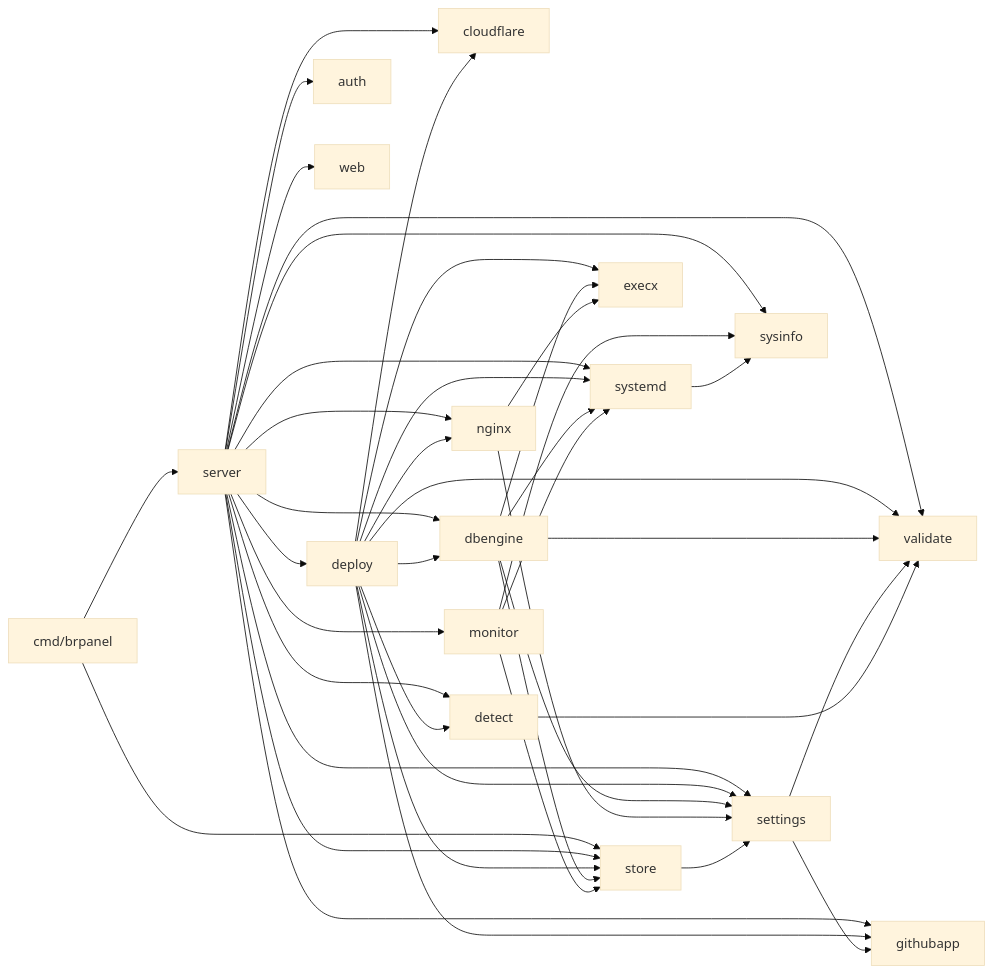
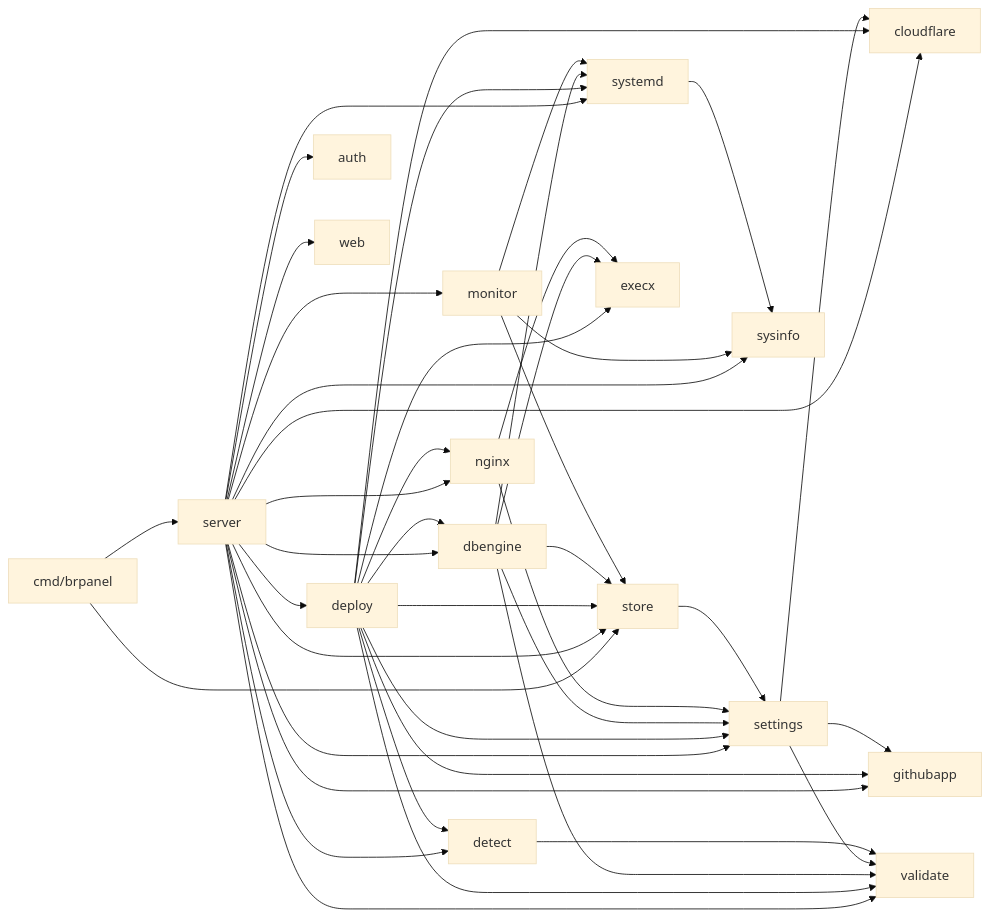
Before and after one commit to viniciusdev772/br_panel: the diagram in docs/architecture.md, drawn with Mermaid (base theme). The commit also changed 7 other files, not shown here.

````diff
--- a/docs/architecture.md
+++ b/docs/architecture.md
@@ -29,14 +29,14 @@
 ```mermaid
 graph LR
   cmd[cmd/brpanel] --> server
   cmd --> store
   server --> cloudflare & dbengine & deploy & monitor & auth & settings & store & githubapp & nginx & detect & systemd & sysinfo & validate & web
   deploy --> cloudflare & detect & nginx & githubapp & settings & store & systemd & validate & execx & dbengine
   dbengine --> settings & store & systemd & validate & execx
   monitor --> store & sysinfo & systemd
   nginx --> settings & execx
   store --> settings
-  settings --> githubapp & validate
+  settings --> cloudflare & githubapp & validate
   systemd --> sysinfo
   detect --> validate
 ```
````
